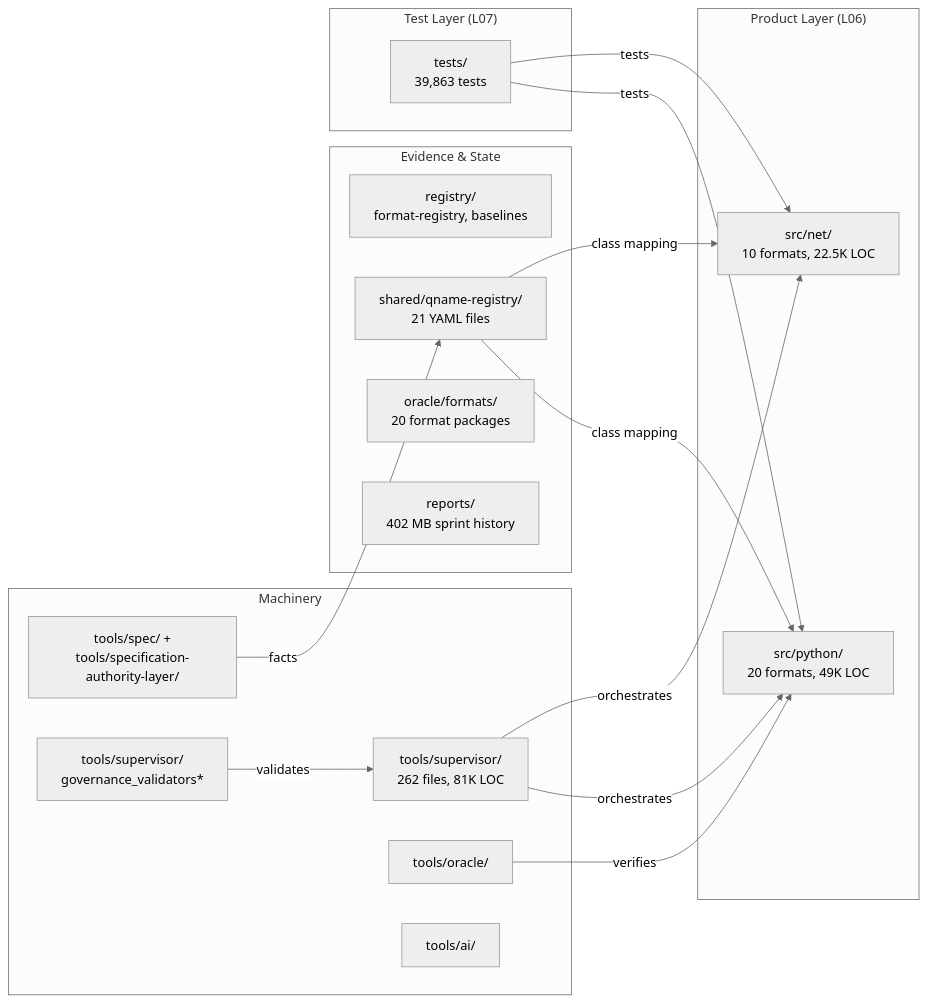
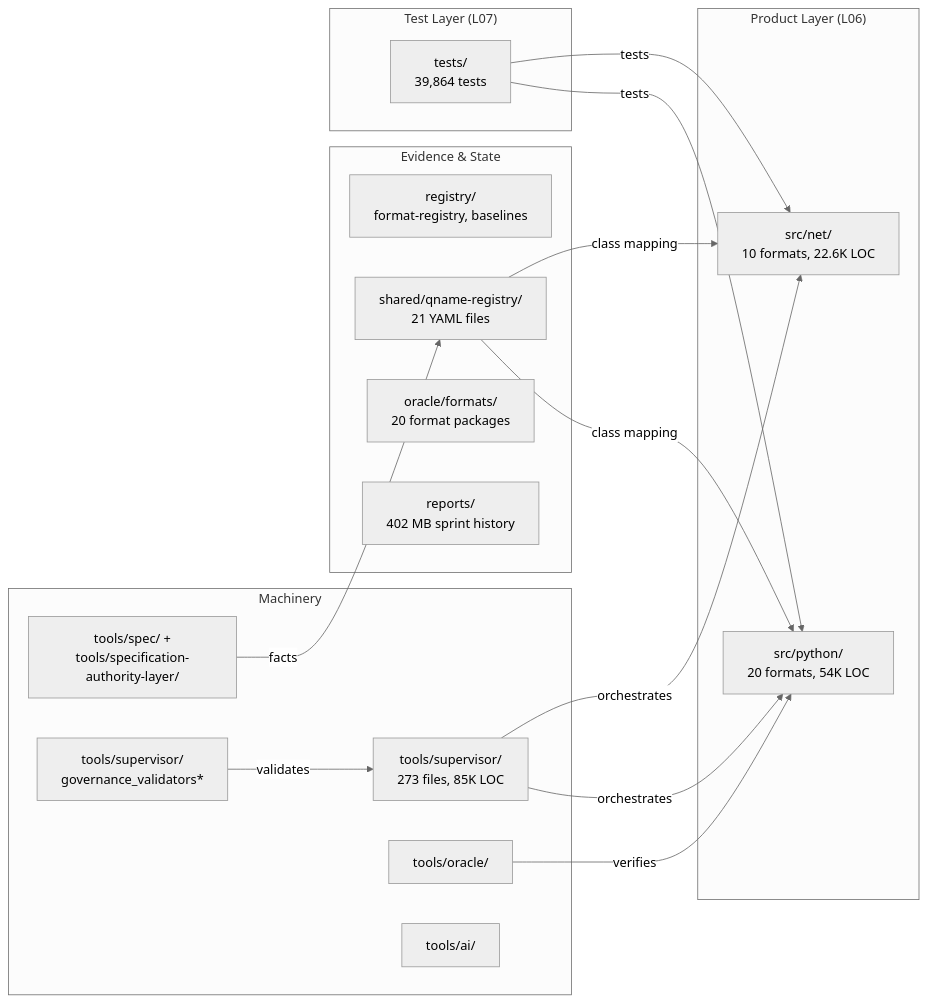
One commit to babar-raza/format-factory changed the second of 18 diagrams in docs/system-recon/FF-DEEP-RECON-20260705-052931/02-SYSTEM-ARCHITECTURE-AND-DIAGRAMS.md. Above: the diagram before and after it, drawn with Mermaid (neutral theme). The commit also changed other lines of this file and 6 other files, not shown here.

````diff
--- a/docs/system-recon/FF-DEEP-RECON-20260705-052931/02-SYSTEM-ARCHITECTURE-AND-DIAGRAMS.md
+++ b/docs/system-recon/FF-DEEP-RECON-20260705-052931/02-SYSTEM-ARCHITECTURE-AND-DIAGRAMS.md
@@ -59,36 +59,36 @@
 ```mermaid
 flowchart LR
     subgraph Product["Product Layer (L06)"]
-        PY["src/python/<br/>20 formats, 49K LOC"]
-        NET["src/net/<br/>10 formats, 22.5K LOC"]
+        PY["src/python/<br/>20 formats, 54K LOC"]
+        NET["src/net/<br/>10 formats, 22.6K LOC"]
     end
 
     subgraph Machinery["Machinery"]
-        SUP["tools/supervisor/<br/>262 files, 81K LOC"]
+        SUP["tools/supervisor/<br/>273 files, 85K LOC"]
         SPEC["tools/spec/ +<br/>tools/specification-authority-layer/"]
         ORC["tools/oracle/"]
         GOV["tools/supervisor/<br/>governance_validators*"]
         AI["tools/ai/"]
     end
 
     subgraph Evidence["Evidence & State"]
         REG["registry/<br/>format-registry, baselines"]
         QNAME["shared/qname-registry/<br/>21 YAML files"]
         ORA["oracle/formats/<br/>20 format packages"]
         REPORTS["reports/<br/>402 MB sprint history"]
     end
 
     subgraph Tests["Test Layer (L07)"]
-        TESTS["tests/<br/>39,863 tests"]
+        TESTS["tests/<br/>39,864 tests"]
     end
 
     SPEC -->|facts| QNAME
     QNAME -->|class mapping| PY
     QNAME -->|class mapping| NET
     SUP -->|orchestrates| PY
     SUP -->|orchestrates| NET
     GOV -->|validates| SUP
     ORC -->|verifies| PY
     TESTS -->|tests| PY
     TESTS -->|tests| NET
 ```
````
